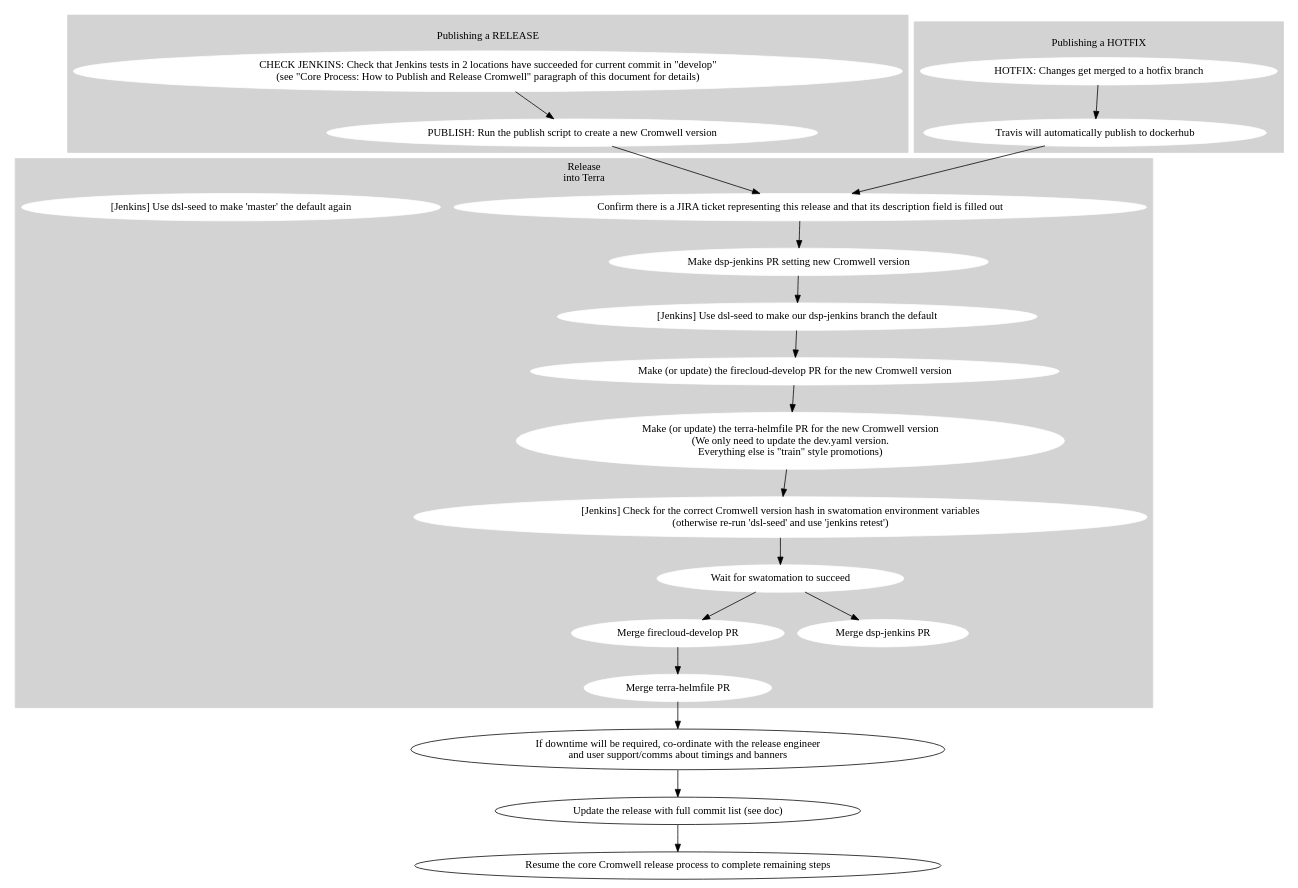
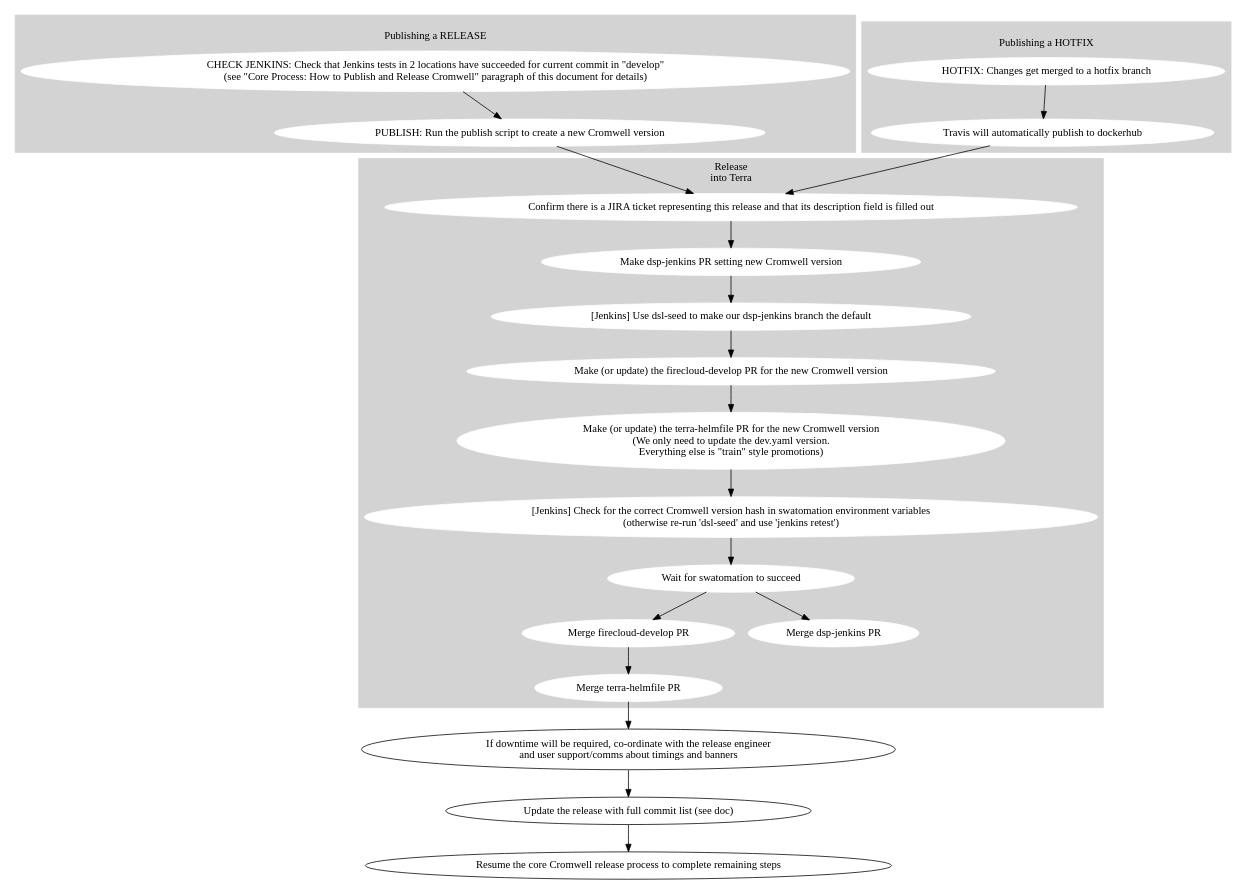
The diagram in processes/release_processes/firecloud-develop.dot (broadinstitute/cromwell), drawn with Graphviz before and after one commit. The commit also changed 2 other files, not shown here.

```diff
--- a/processes/release_processes/firecloud-develop.dot
+++ b/processes/release_processes/firecloud-develop.dot
@@ -1,78 +1,77 @@
 digraph {
 
   # Nodes
 
   subgraph cluster_0 {
     label="\lPublishing a RELEASE"
     style=filled
     node [style=filled,color=white];
     color="lightgrey"
 
     check_jenkins_tests [shape=oval label="CHECK JENKINS: Check that Jenkins tests in 2 locations have succeeded for current commit in \"develop\"\n(see \"Core Process: How to Publish and Release Cromwell\" paragraph of this document for details)"];
     release_cromwell [shape=oval label="PUBLISH: Run the publish script to create a new Cromwell version"];
   }
 
   subgraph cluster_1 {
     label="\lPublishing a HOTFIX"
     style=filled
     node [style=filled,color=white];
     color="lightgrey"
 
     hotfix_changes [shape=oval label="HOTFIX: Changes get merged to a hotfix branch"];
     publish_hotfix [shape=oval label="Travis will automatically publish to dockerhub"];
   }
 
   subgraph cluster_2 {
     label="Release\ninto Terra"
     style=filled
     node [style=filled,color=white];
     color="lightgrey"
     confirm_ticket [shape="oval" label="Confirm there is a JIRA ticket representing this release and that its description field is filled out"]
     fcdev_pr [shape=oval label="Make (or update) the firecloud-develop PR for the new Cromwell version"];
     # For an example PR see https://github.com/broadinstitute/terra-helmfile/pull/550#pullrequestreview-527531319
     helmfile_pr [shape=oval label="Make (or update) the terra-helmfile PR for the new Cromwell version\n(We only need to update the dev.yaml version.\nEverything else is \"train\" style promotions)"];
     confirm_cromwell_v [shape=oval label="[Jenkins] Check for the correct Cromwell version hash in swatomation environment variables\n(otherwise re-run 'dsl-seed' and use 'jenkins retest')"];
     confirm_cromwell_v [shape=oval label="[Jenkins] Check for the correct Cromwell version hash in swatomation environment variables\n(otherwise re-run 'dsl-seed' and use 'jenkins retest')"];
     fcdev_success [shape=oval label="Wait for swatomation to succeed"];
 
     fcdev_merge [shape=oval label="Merge firecloud-develop PR"];
     helmfile_merge [shape=oval label="Merge terra-helmfile PR"];
 
     dspjenkins_PR [shape=oval label="Make dsp-jenkins PR setting new Cromwell version"];
     dspjenkins_merge [shape=oval label="Merge dsp-jenkins PR"];
 
     jenkins_set [shape=oval label="[Jenkins] Use dsl-seed to make our dsp-jenkins branch the default"];
-    jenkins_reset [shape=oval label="[Jenkins] Use dsl-seed to make 'master' the default again"];
   }
 
   coordinate_release_timing [shape=oval label="If downtime will be required, co-ordinate with the release engineer\nand user support/comms about timings and banners"];
 
   update_release_ticket [shape=oval label="Update the release with full commit list (see doc)"];
 
   resume_core_release_process [shape=oval label="Resume the core Cromwell release process to complete remaining steps"];
 
   # Edges
   check_jenkins_tests -> release_cromwell
 
   hotfix_changes -> publish_hotfix
   publish_hotfix -> confirm_ticket
 
   release_cromwell -> confirm_ticket
 
   fcdev_pr -> helmfile_pr
   helmfile_pr -> confirm_cromwell_v
 
   confirm_ticket -> dspjenkins_PR
   dspjenkins_PR -> jenkins_set
 
   jenkins_set -> fcdev_pr
   confirm_cromwell_v -> fcdev_success
 
   fcdev_success -> dspjenkins_merge
   fcdev_success -> fcdev_merge
 
   fcdev_merge -> helmfile_merge
   helmfile_merge -> coordinate_release_timing
   coordinate_release_timing -> update_release_ticket
   update_release_ticket -> resume_core_release_process
 }
```
